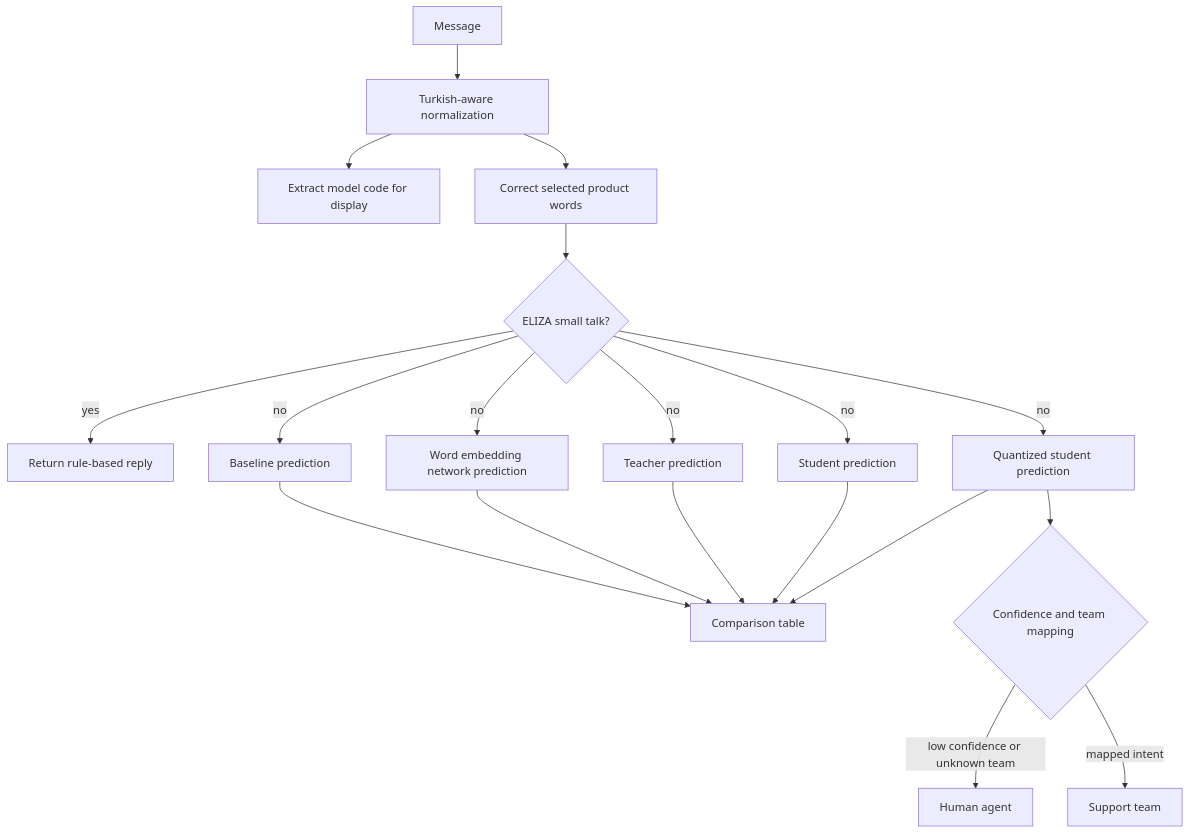
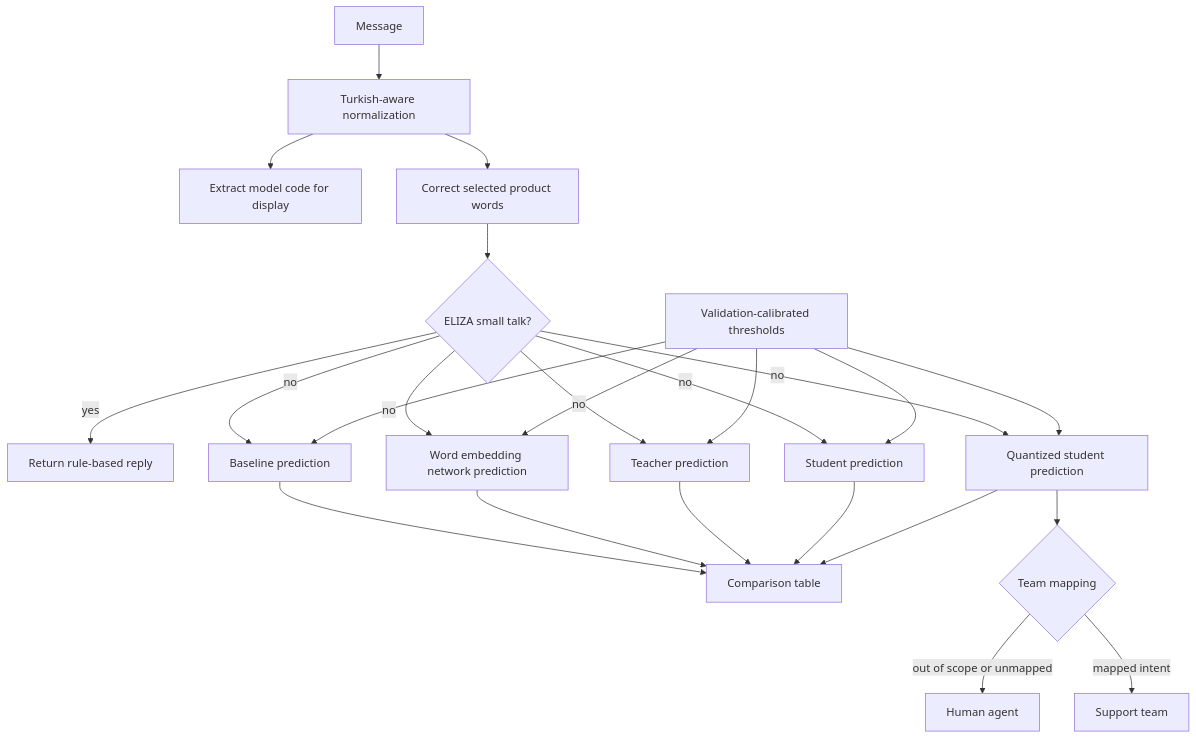
One commit to aleynakiran/HomeworkLLM changed the diagram in docs/architecture.md. Above: the diagram before and after it, drawn with Mermaid. The commit also changed other lines of this file and 12 other files, not shown here.

````diff
--- a/docs/architecture.md
+++ b/docs/architecture.md
@@ -3,21 +3,26 @@
 ```mermaid
 flowchart TD
     A[Message] --> B[Turkish-aware normalization]
     B --> C[Extract model code for display]
     B --> D[Correct selected product words]
     D --> E{ELIZA small talk?}
     E -->|yes| F[Return rule-based reply]
     E -->|no| G[Baseline prediction]
     E -->|no| H[Word embedding network prediction]
     E -->|no| I[Teacher prediction]
     E -->|no| J[Student prediction]
     E -->|no| K[Quantized student prediction]
+    T[Validation-calibrated thresholds] --> G
+    T --> H
+    T --> I
+    T --> J
+    T --> K
     G --> L[Comparison table]
     H --> L
     I --> L
     J --> L
     K --> L
-    K --> M{Confidence and team mapping}
-    M -->|low confidence or unknown team| N[Human agent]
+    K --> M{Team mapping}
+    M -->|out of scope or unmapped| N[Human agent]
     M -->|mapped intent| O[Support team]
 ```
````
